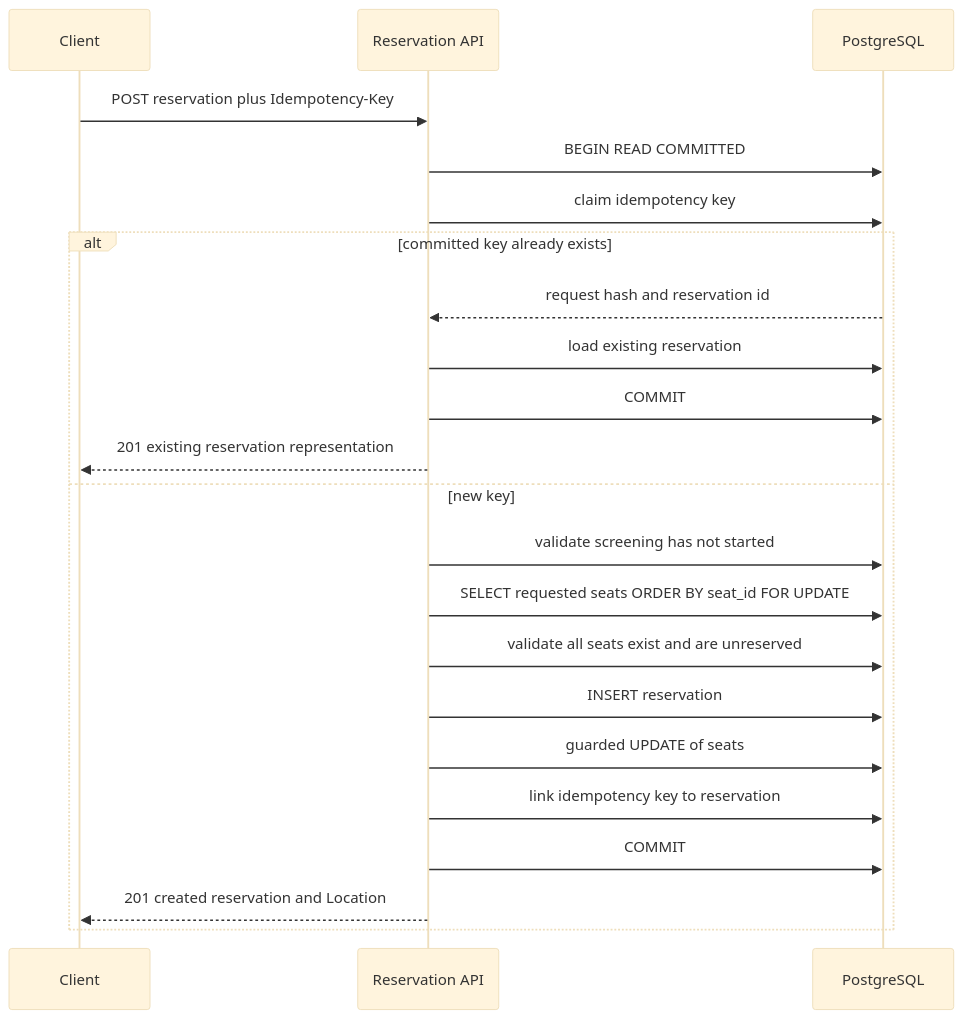
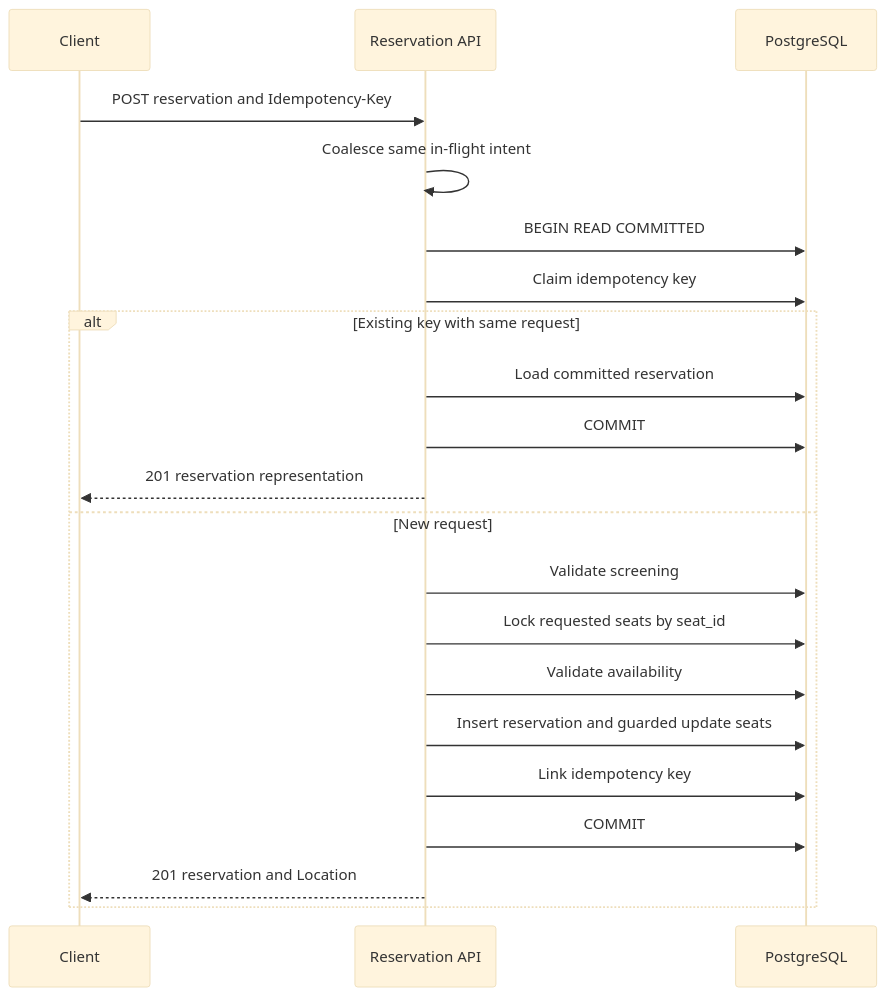
The third of 3 diagrams in README.md (kyoooooong/reservation_system), drawn with Mermaid (base theme) before and after one commit. The commit also changed other lines of this file and 1 other file, not shown here.

````diff
--- a/README.md
+++ b/README.md
@@ -126,25 +135,24 @@
 ```mermaid
 sequenceDiagram
     participant C as Client
     participant A as Reservation API
     participant P as PostgreSQL
 
-    C->>A: POST reservation plus Idempotency-Key
+    C->>A: POST reservation and Idempotency-Key
+    A->>A: Coalesce same in-flight intent
     A->>P: BEGIN READ COMMITTED
-    A->>P: claim idempotency key
-    alt committed key already exists
-        P-->>A: request hash and reservation id
-        A->>P: load existing reservation
+    A->>P: Claim idempotency key
+    alt Existing key with same request
+        A->>P: Load committed reservation
         A->>P: COMMIT
-        A-->>C: 201 existing reservation representation
-    else new key
-        A->>P: validate screening has not started
-        A->>P: SELECT requested seats ORDER BY seat_id FOR UPDATE
-        A->>P: validate all seats exist and are unreserved
-        A->>P: INSERT reservation
-        A->>P: guarded UPDATE of seats
-        A->>P: link idempotency key to reservation
+        A-->>C: 201 reservation representation
+    else New request
+        A->>P: Validate screening
+        A->>P: Lock requested seats by seat_id
+        A->>P: Validate availability
+        A->>P: Insert reservation and guarded update seats
+        A->>P: Link idempotency key
         A->>P: COMMIT
-        A-->>C: 201 created reservation and Location
+        A-->>C: 201 reservation and Location
     end
 ```
````
